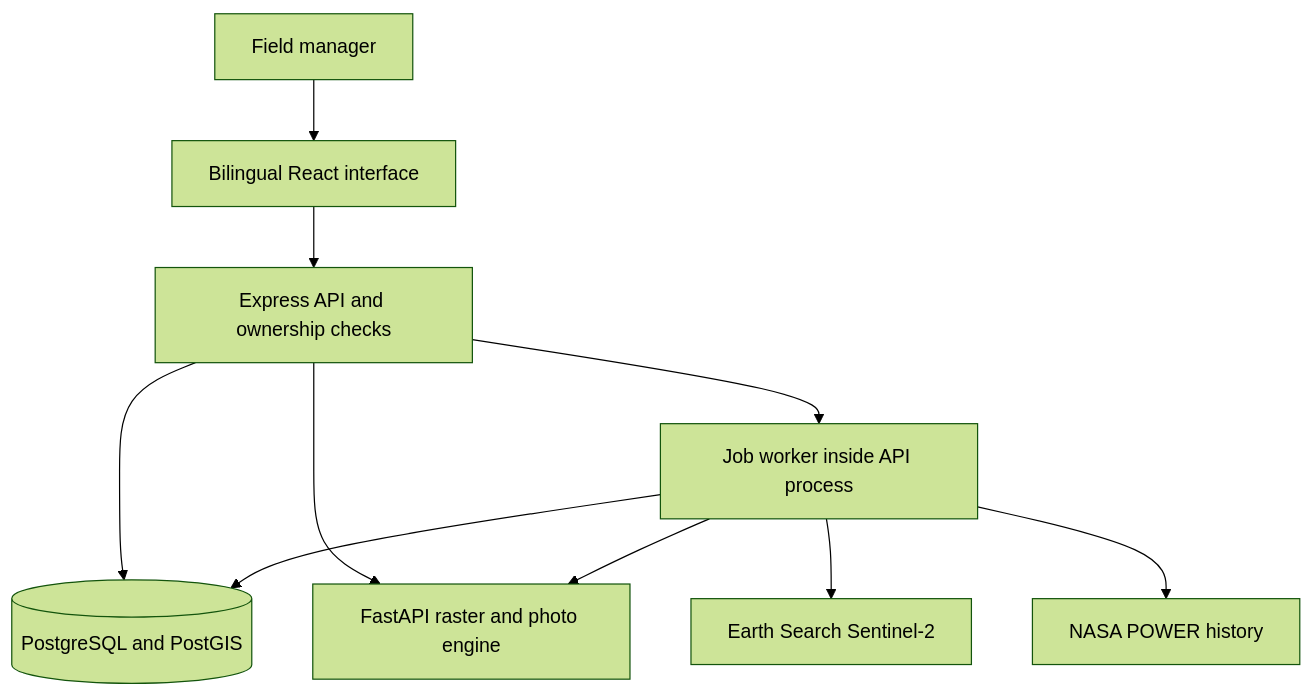
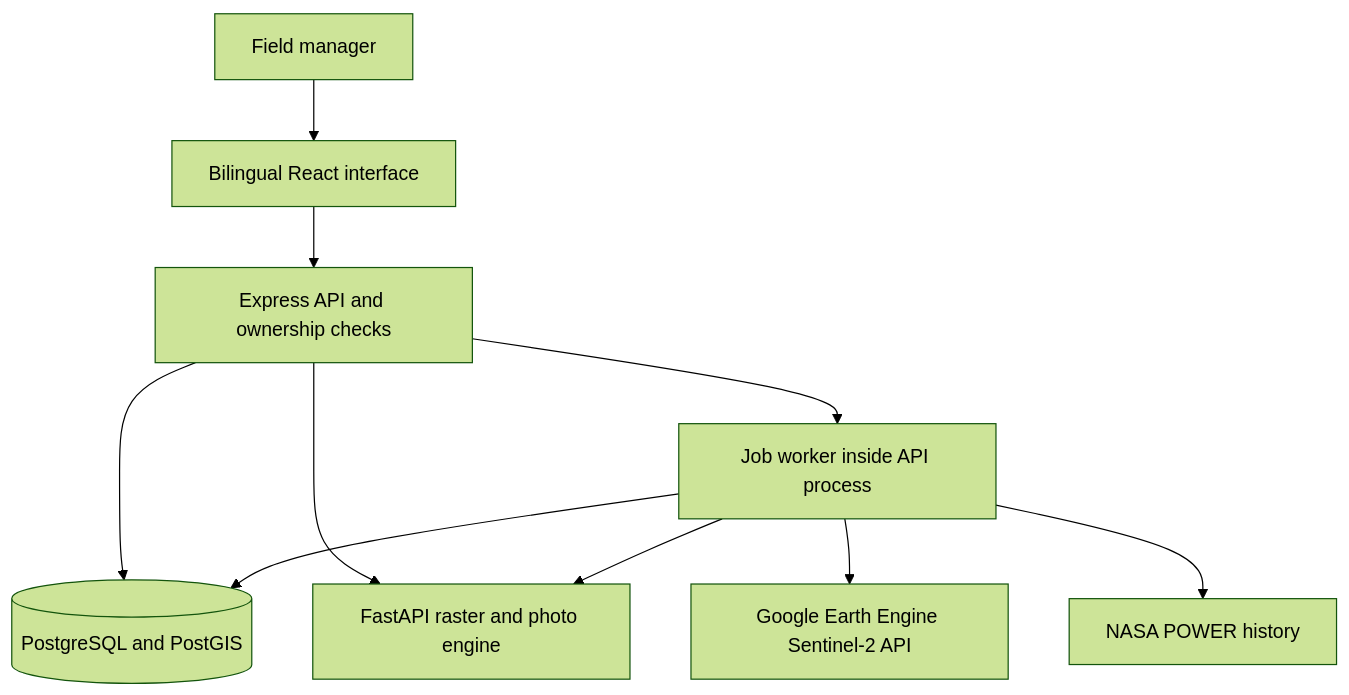
Before and after one commit to tusharsingh-1801/91-CHM: the first of 3 diagrams in docs/academic/DESIGN_AND_TRACEABILITY.md, drawn with Mermaid (forest theme). The commit also changed other lines of this file and 35 other files, not shown here.

First line of the commit message:
Integrate Earth Engine datasets and remove demo data

````diff
--- a/docs/academic/DESIGN_AND_TRACEABILITY.md
+++ b/docs/academic/DESIGN_AND_TRACEABILITY.md
@@ -7,12 +7,12 @@
 ```mermaid
 flowchart TD
     U[Field manager] --> W[Bilingual React interface]
     W --> A[Express API and ownership checks]
     A --> D[(PostgreSQL and PostGIS)]
     A --> P[FastAPI raster and photo engine]
     A --> J[Job worker inside API process]
-    J --> S[Earth Search Sentinel-2]
+    J --> S[Google Earth Engine Sentinel-2 API]
     J --> N[NASA POWER history]
     J --> P
     J --> D
 ```
````
